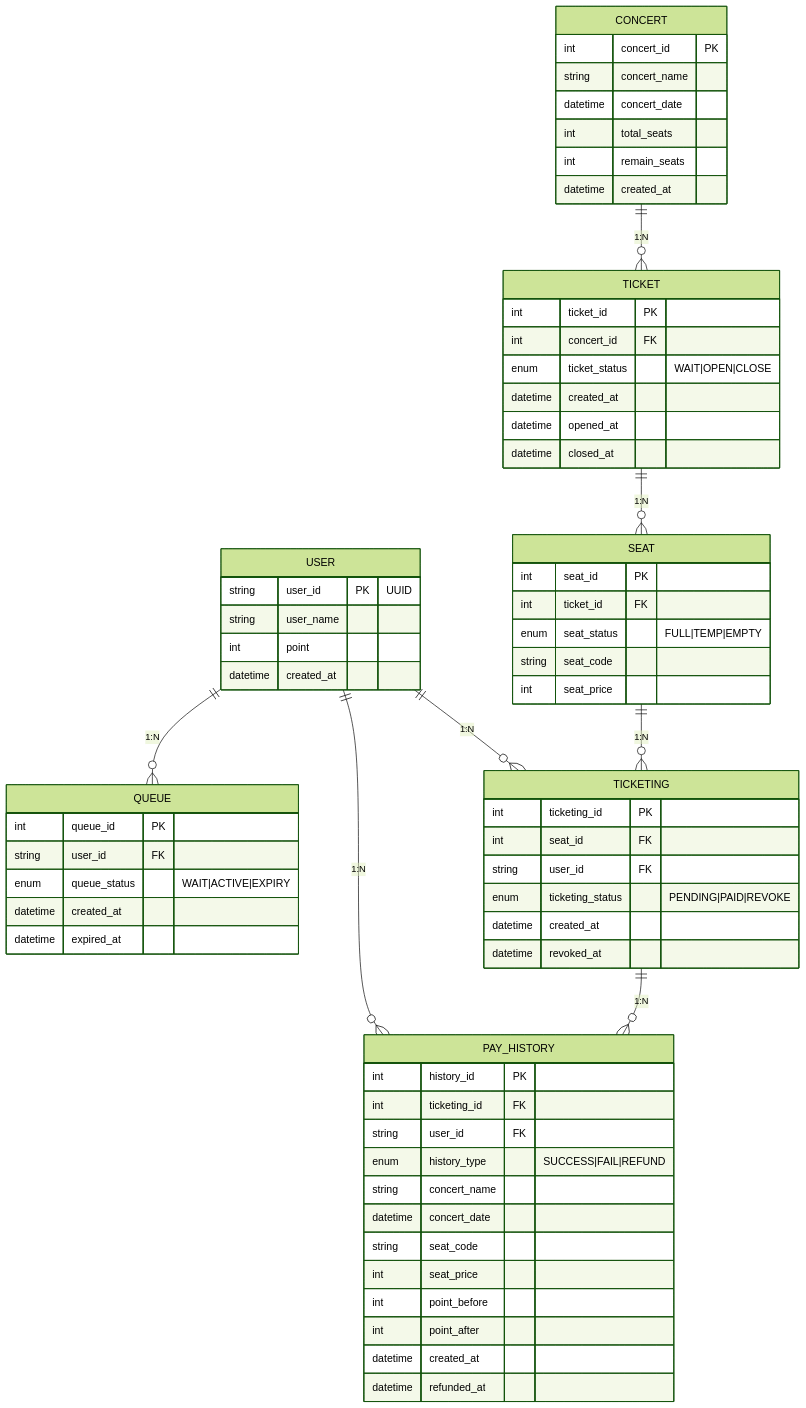
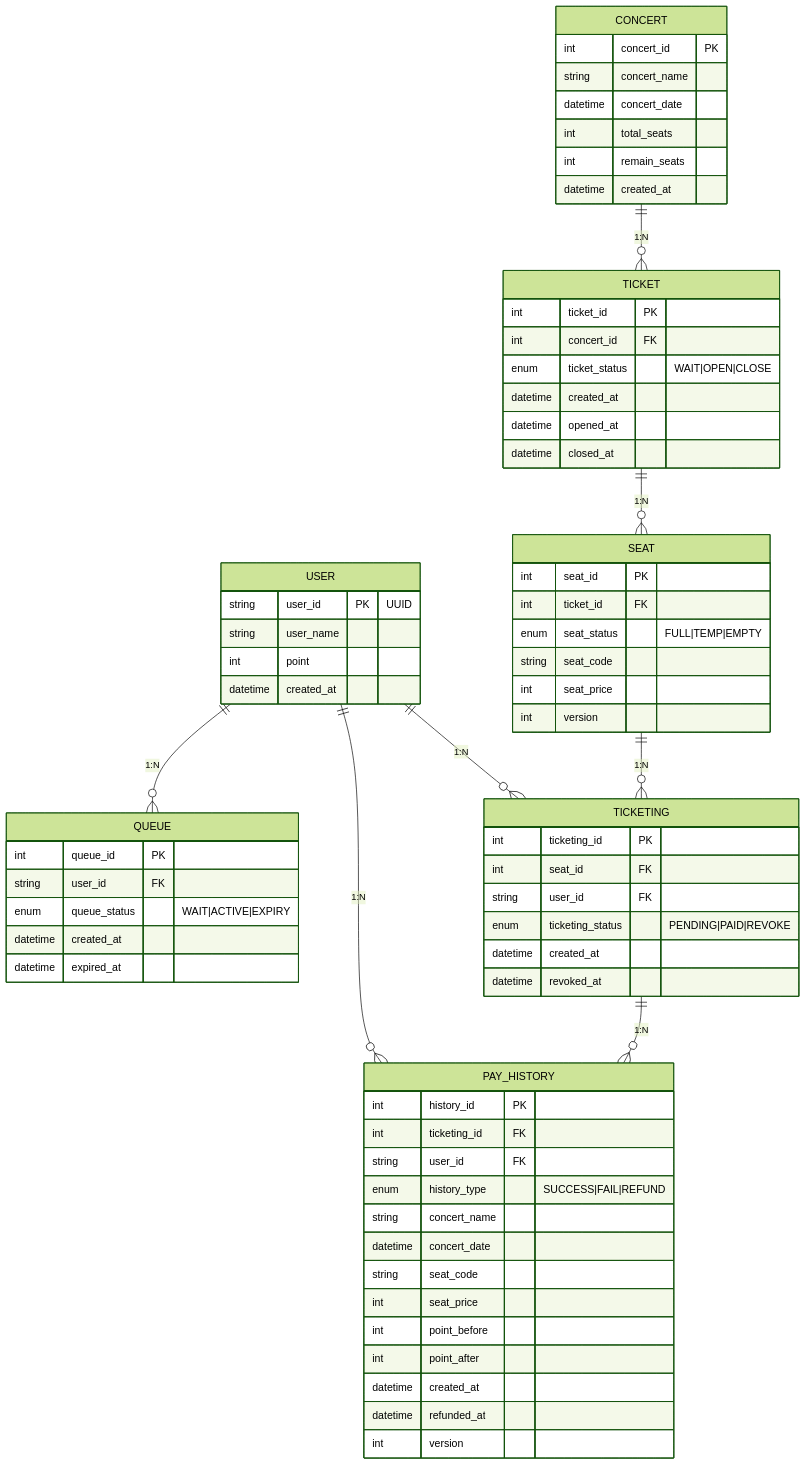
One commit to LilMGenius/hhplus-server-nest changed the diagram in docs/diagrams/ER.md. Above: the diagram before and after it, drawn with Mermaid. The commit also changed 2 other files, not shown here.

Commit message:
docs: erd-v2.2 by mermaid

```diff
--- a/docs/diagrams/ER.md
+++ b/docs/diagrams/ER.md
@@ -45,6 +45,7 @@
         enum seat_status "FULL|TEMP|EMPTY"
         string seat_code
         int seat_price
+        int version
     }
     TICKETING {
         int ticketing_id PK
@@ -74,6 +75,7 @@
 
         datetime created_at
         datetime refunded_at
+        int version
     }
 
 
```
